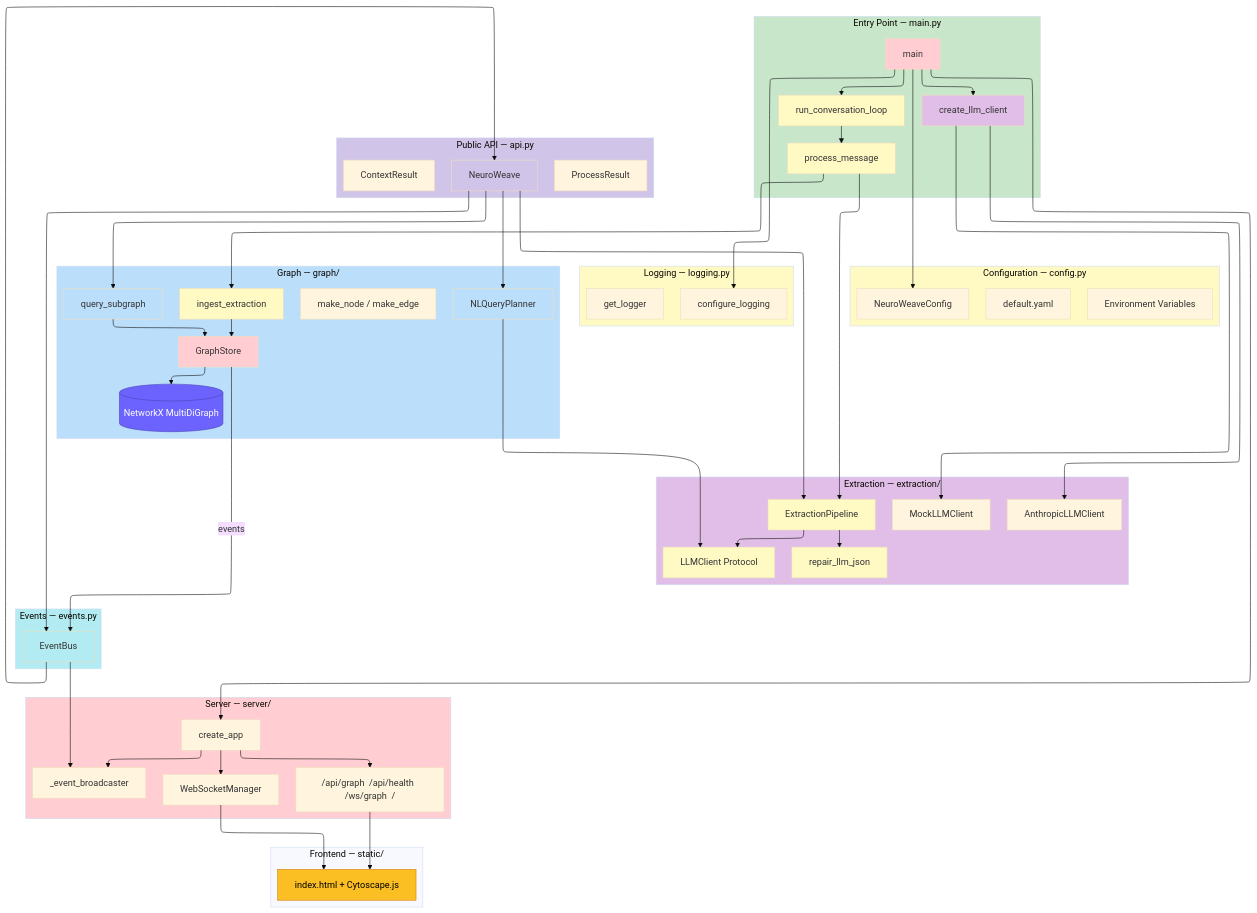
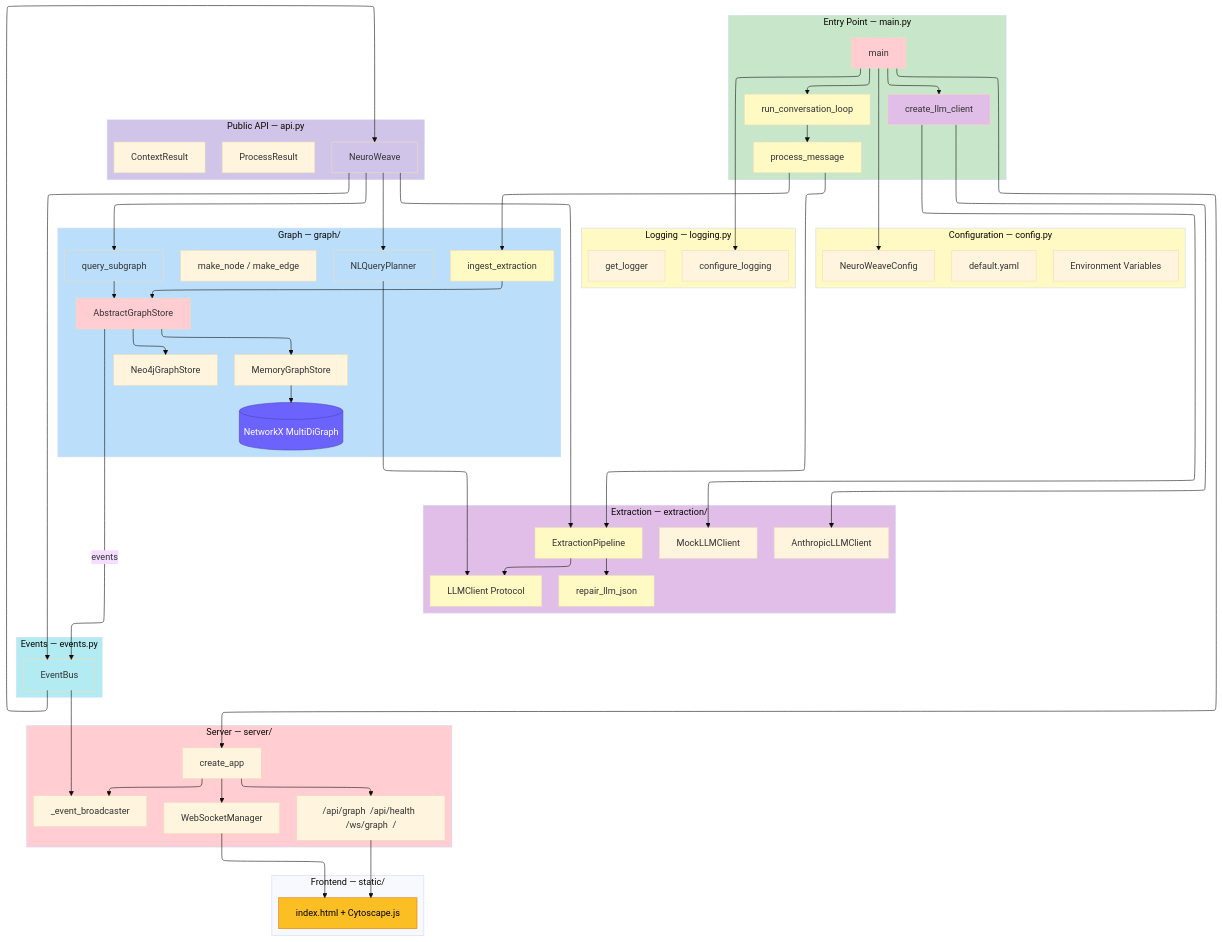
Before and after one commit to alexh-scrt/neuroweave: the second of 18 diagrams in ARCHITECTURE.md, drawn with Mermaid (base theme). The commit also changed other lines of this file and 42 other files, not shown here.

```diff
--- a/ARCHITECTURE.md
+++ b/ARCHITECTURE.md
@@ -95,7 +95,9 @@
         REPAIR["repair_llm_json"]
   end
  subgraph s5["Graph — graph/"]
-        STORE["GraphStore"]
+        STORE["AbstractGraphStore"]
+        MEM_STORE["MemoryGraphStore"]
+        NEO4J_STORE["Neo4jGraphStore"]
         NX[("NetworkX MultiDiGraph")]
         INGEST["ingest_extraction"]
         MAKE_N["make_node / make_edge"]
@@ -125,7 +127,9 @@
     PROC --> PIPELINE & INGEST
     PIPELINE --> LLM_ABS & REPAIR
     INGEST --> STORE
-    STORE --> NX
+    STORE --> MEM_STORE
+    STORE --> NEO4J_STORE
+    MEM_STORE --> NX
     STORE -- events --> EBUS
     EBUS --> BCAST
     EBUS --> FACADE
```
